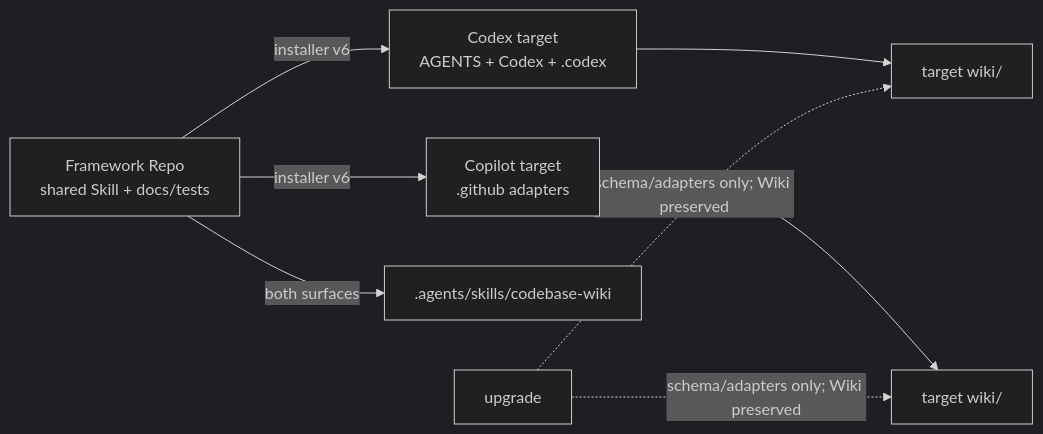
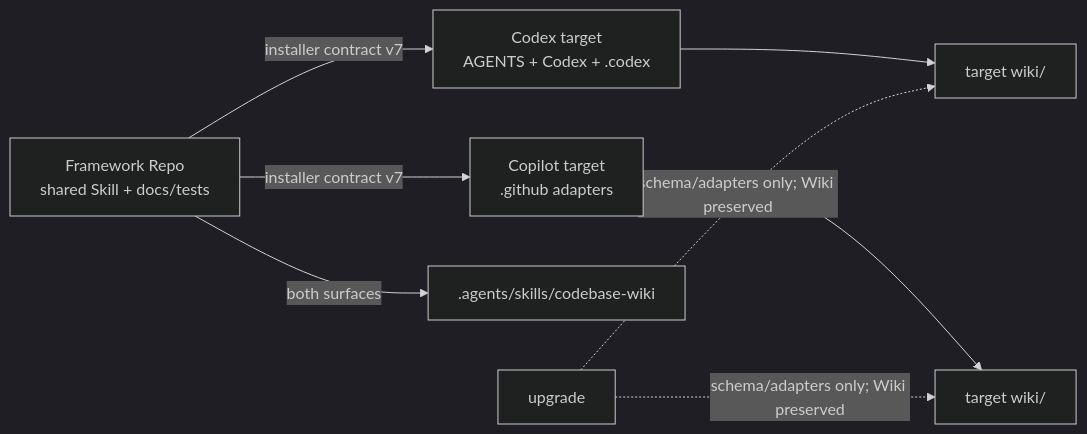
The fourth of 5 diagrams in wiki/synthesis/system-design.md (dennis8499/code-base-llm-wiki), drawn with Mermaid (dark theme) before and after one commit. The commit also changed other lines of this file and 248 other files, not shown here.

````diff
--- a/wiki/synthesis/system-design.md
+++ b/wiki/synthesis/system-design.md
@@ -216,10 +216,10 @@
 ```mermaid
 flowchart LR
-    Framework[Framework Repo\nshared Skill + docs/tests] -->|installer v6| Codex[Codex target\nAGENTS + Codex + .codex]
-    Framework -->|installer v6| Copilot[Copilot target\n.github adapters]
+    Framework[Framework Repo\nshared Skill + docs/tests] -->|installer contract v7| Codex[Codex target\nAGENTS + Codex + .codex]
+    Framework -->|installer contract v7| Copilot[Copilot target\n.github adapters]
     Framework -->|both surfaces| Shared[.agents/skills/codebase-wiki]
     Codex --> WikiA[target wiki/]
     Copilot --> WikiB[target wiki/]
     Upgrade[upgrade] -.->|schema/adapters only; Wiki preserved| WikiA
     Upgrade -.->|schema/adapters only; Wiki preserved| WikiB
 ```
````
